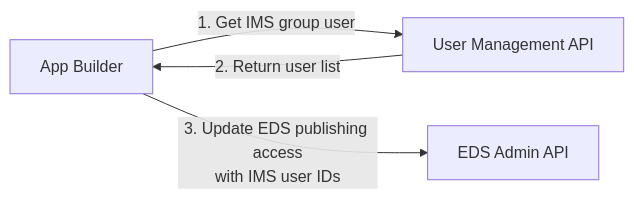
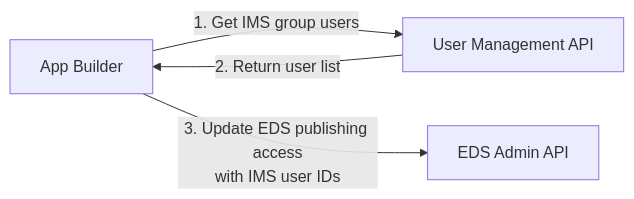
One commit to brendoau/genaispbc1 changed the diagram in README.md. Above: the diagram before and after it, drawn with Mermaid.

````diff
--- a/README.md
+++ b/README.md
@@ -12,6 +12,6 @@
 ```mermaid
 graph LR
-    A[App Builder] -->|1. Get IMS group user| B[User Management API]
+    A[App Builder] -->|1. Get IMS group users| B[User Management API]
     B -->|2. Return user list| A
     A -->|3. Update EDS publishing access<br/>with IMS user IDs| C[EDS Admin API]
 ```
````
